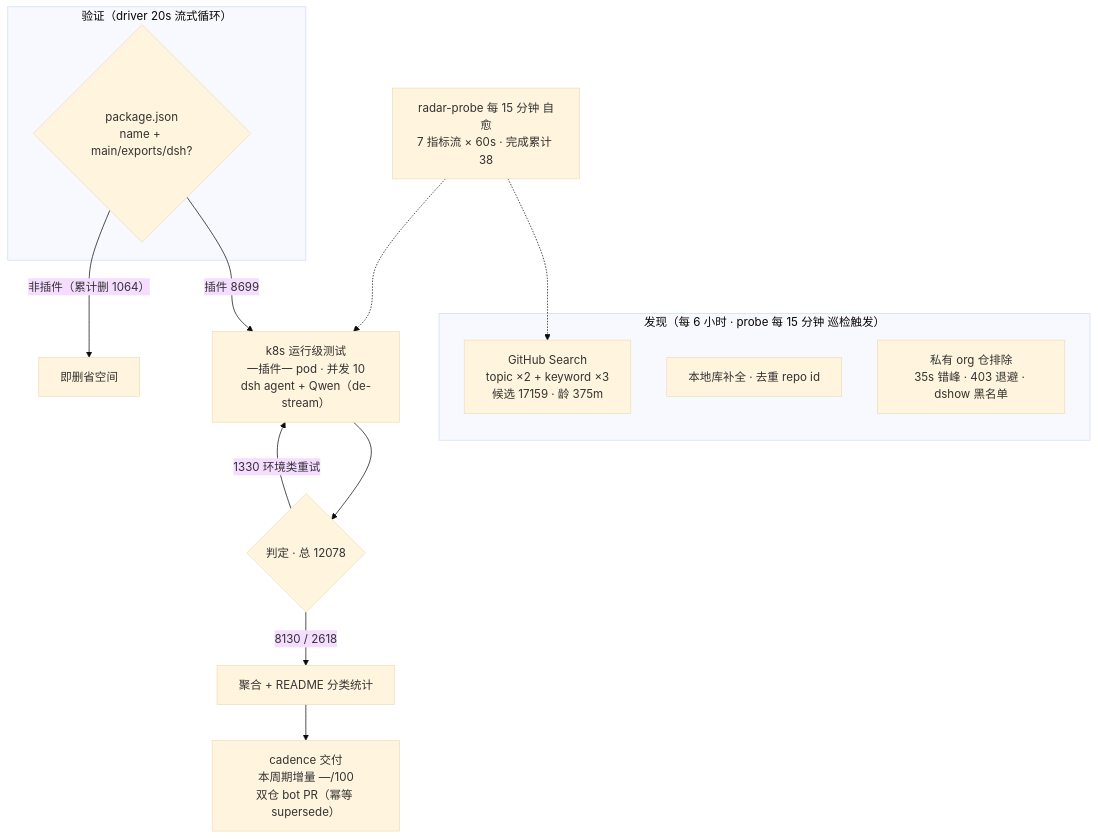
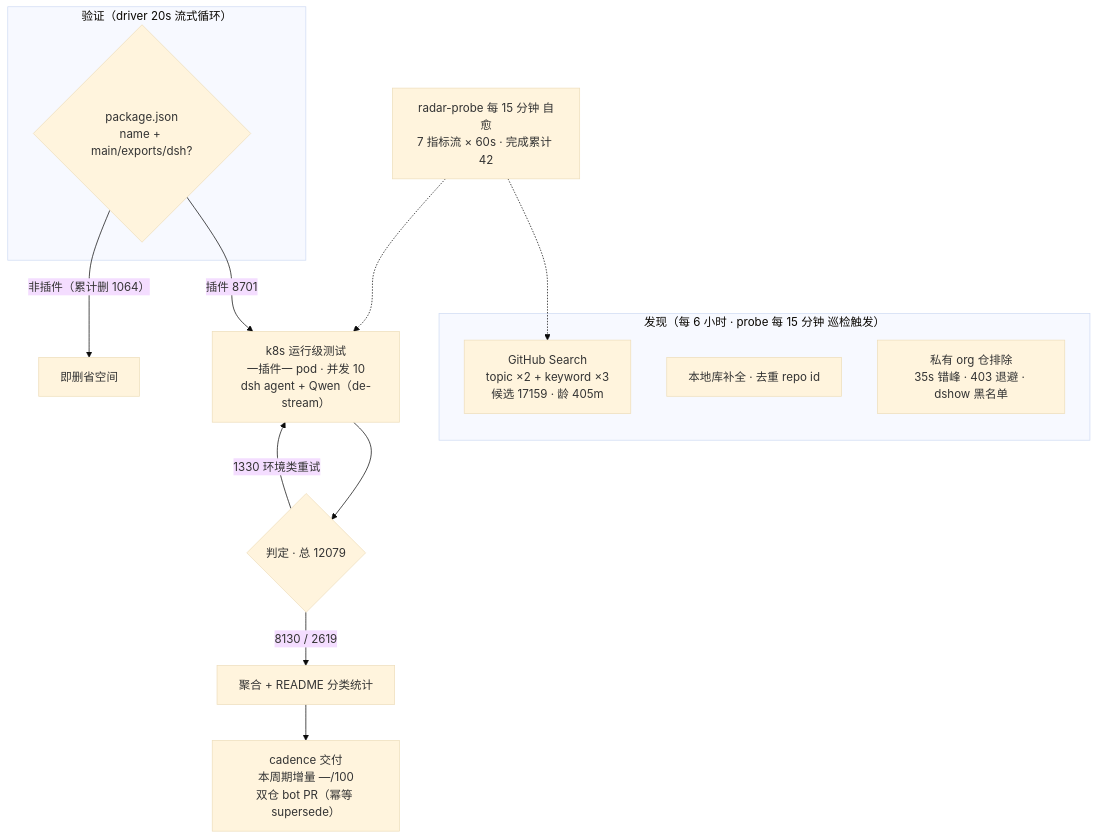
Before and after one commit to Zhidao-Lab-OSS/awesome-dsh-plugins: the diagram in README.md, drawn with Mermaid (base theme). The commit also changed other lines of this file and 1 other file, not shown here.

````diff
--- a/README.md
+++ b/README.md
@@ -52,20 +52,20 @@
 ```mermaid
 flowchart TB
     subgraph Discovery["发现（每 6 小时 · probe 每 15 分钟 巡检触发）"]
-        A1["GitHub Search<br/>topic ×2 + keyword ×3<br/>候选 17159 · 龄 375m"]
+        A1["GitHub Search<br/>topic ×2 + keyword ×3<br/>候选 17159 · 龄 405m"]
         A2["本地库补全 · 去重 repo id"]
         A3["私有 org 仓排除<br/>35s 错峰 · 403 退避 · dshow 黑名单"]
     end
     subgraph Validation["验证（driver 20s 流式循环）"]
         B1{"package.json<br/>name + main/exports/dsh?"}
     end
-    B1 -->|"插件 8699"| C1["k8s 运行级测试<br/>一插件一 pod · 并发 10<br/>dsh agent + Qwen（de-stream）"]
+    B1 -->|"插件 8701"| C1["k8s 运行级测试<br/>一插件一 pod · 并发 10<br/>dsh agent + Qwen（de-stream）"]
     B1 -->|"非插件（累计删 1064）"| B3["即删省空间"]
-    C1 --> D1{"判定 · 总 12078"}
-    D1 -->|"8130 / 2618"| E1["聚合 + README 分类统计"]
+    C1 --> D1{"判定 · 总 12079"}
+    D1 -->|"8130 / 2619"| E1["聚合 + README 分类统计"]
     D1 -->|"1330 环境类重试"| C1
     E1 --> E2["cadence 交付<br/>本周期增量 —/100<br/>双仓 bot PR（幂等 supersede）"]
-    M["radar-probe 每 15 分钟 自愈<br/>7 指标流 × 60s · 完成累计 38"]
+    M["radar-probe 每 15 分钟 自愈<br/>7 指标流 × 60s · 完成累计 42"]
     M -.-> A1
     M -.-> C1
 ```
````
